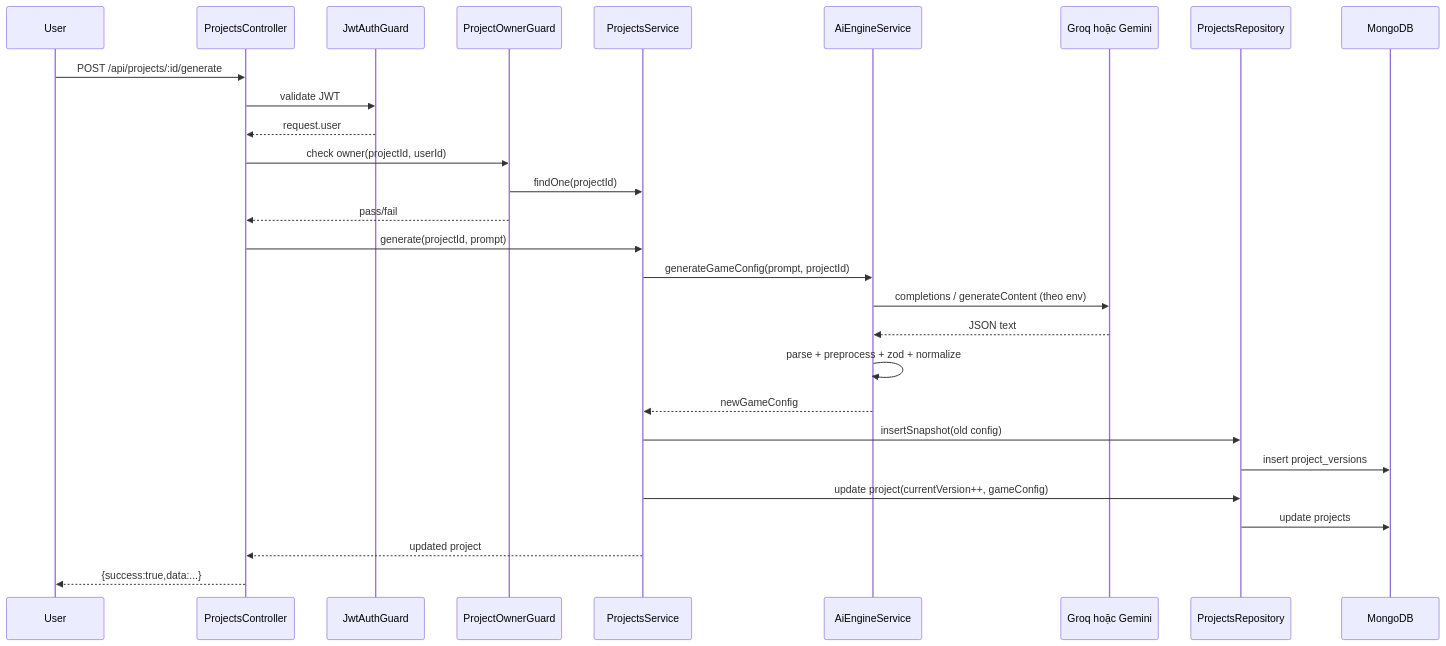
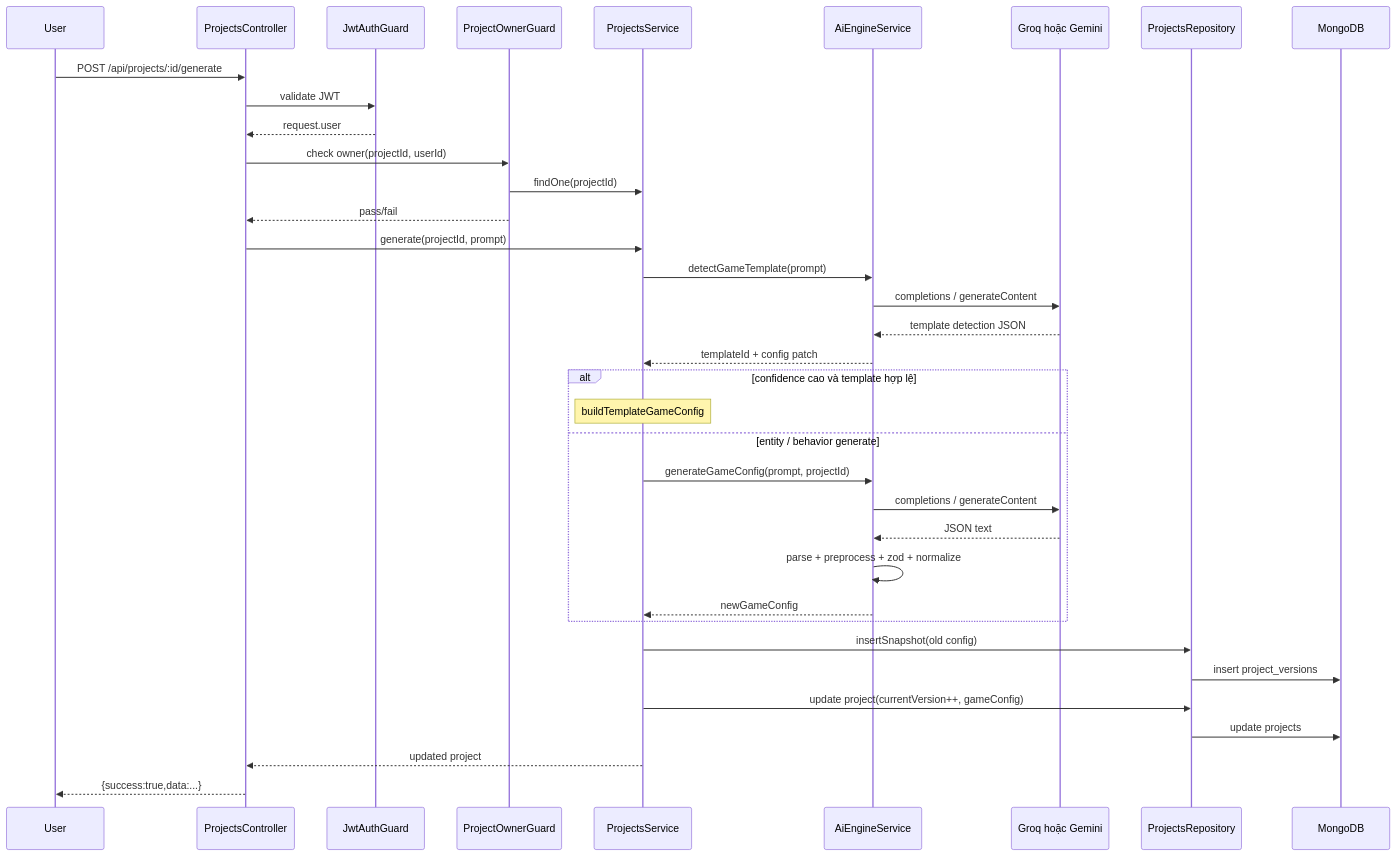
Before and after one commit to vietn0021/AI-no-code: the second of 4 diagrams in SYSTEM_ARCHITECTURE.md, drawn with Mermaid. The commit also changed other lines of this file and 40 other files, not shown here.

````diff
--- a/SYSTEM_ARCHITECTURE.md
+++ b/SYSTEM_ARCHITECTURE.md
@@ -154,31 +157,39 @@
 ```mermaid
 sequenceDiagram
   participant U as User
   participant PC as ProjectsController
   participant JG as JwtAuthGuard
   participant OG as ProjectOwnerGuard
   participant PS as ProjectsService
   participant AIS as AiEngineService
   participant LLM as Groq hoặc Gemini
   participant PR as ProjectsRepository
   participant DB as MongoDB
 
   U->>PC: POST /api/projects/:id/generate
   PC->>JG: validate JWT
   JG-->>PC: request.user
   PC->>OG: check owner(projectId, userId)
   OG->>PS: findOne(projectId)
   OG-->>PC: pass/fail
   PC->>PS: generate(projectId, prompt)
-  PS->>AIS: generateGameConfig(prompt, projectId)
-  AIS->>LLM: completions / generateContent (theo env)
-  LLM-->>AIS: JSON text
-  AIS->>AIS: parse + preprocess + zod + normalize
-  AIS-->>PS: newGameConfig
+  PS->>AIS: detectGameTemplate(prompt)
+  AIS->>LLM: completions / generateContent
+  LLM-->>AIS: template detection JSON
+  AIS-->>PS: templateId + config patch
+  alt confidence cao và template hợp lệ
+    Note over PS: buildTemplateGameConfig
+  else entity / behavior generate
+    PS->>AIS: generateGameConfig(prompt, projectId)
+    AIS->>LLM: completions / generateContent
+    LLM-->>AIS: JSON text
+    AIS->>AIS: parse + preprocess + zod + normalize
+    AIS-->>PS: newGameConfig
+  end
   PS->>PR: insertSnapshot(old config)
   PR->>DB: insert project_versions
   PS->>PR: update project(currentVersion++, gameConfig)
   PR->>DB: update projects
   PS-->>PC: updated project
   PC-->>U: {success:true,data:...}
 ```
````
